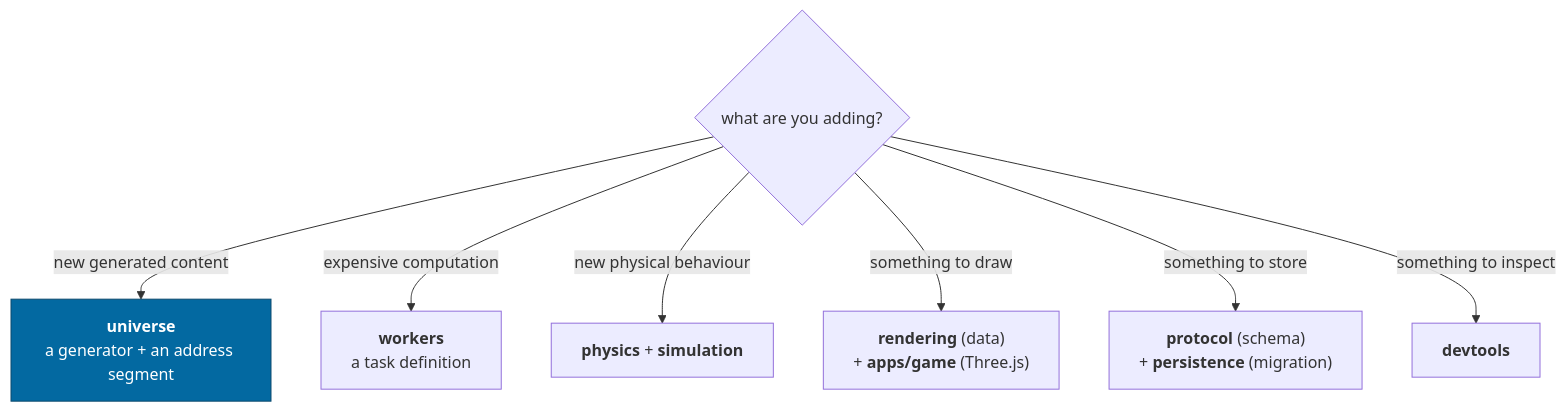
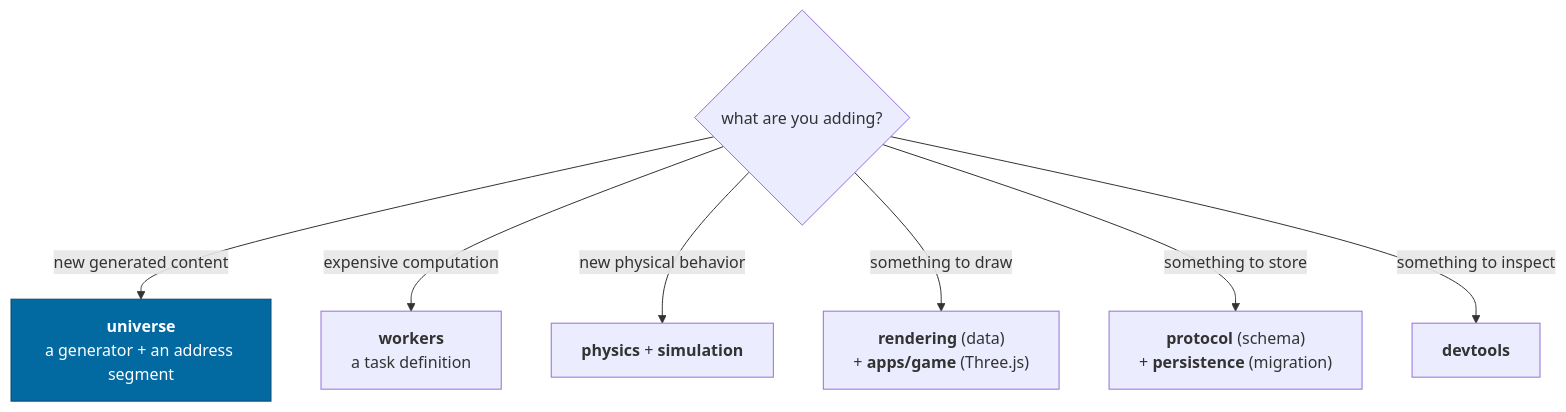
One commit to jonjaques/inertialref changed the first of 4 diagrams in docs/guides/extending.md. Above: the diagram before and after it, drawn with Mermaid. The commit also changed other lines of this file and 83 other files, not shown here.

````diff
--- a/docs/guides/extending.md
+++ b/docs/guides/extending.md
@@ -13,12 +13,12 @@
 ```mermaid
 flowchart TB
     Q{"what are you adding?"}
     Q -->|"new generated content"| GEN["<b>universe</b><br/>a generator + an address segment"]
     Q -->|"expensive computation"| WRK["<b>workers</b><br/>a task definition"]
-    Q -->|"new physical behaviour"| PHY["<b>physics</b> + <b>simulation</b>"]
+    Q -->|"new physical behavior"| PHY["<b>physics</b> + <b>simulation</b>"]
     Q -->|"something to draw"| REN["<b>rendering</b> (data)<br/>+ <b>apps/game</b> (Three.js)"]
     Q -->|"something to store"| PER["<b>protocol</b> (schema)<br/>+ <b>persistence</b> (migration)"]
     Q -->|"something to inspect"| DEV["<b>devtools</b>"]
 
     style GEN fill:#0369a1,stroke:#0c4a6e,color:#fff
 ```
````
